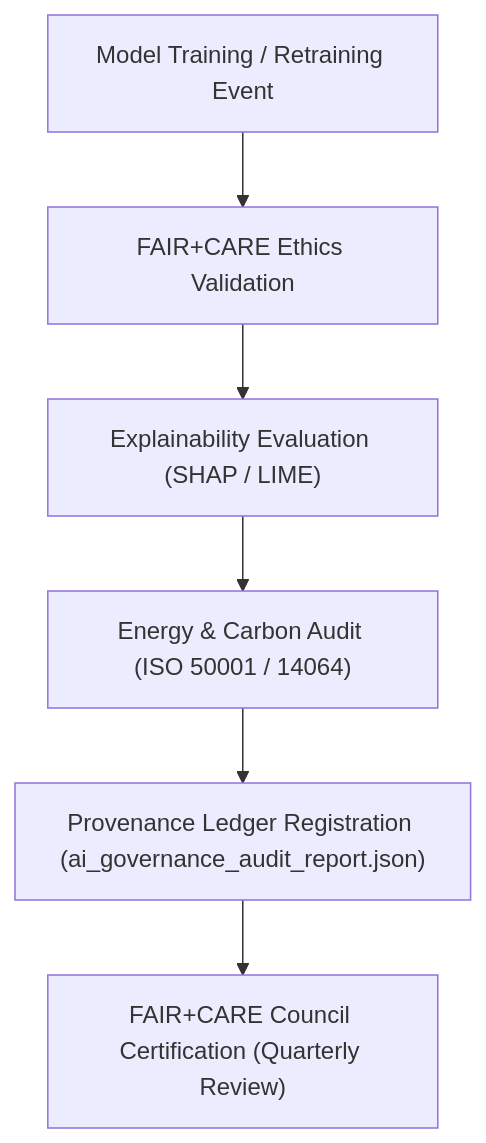
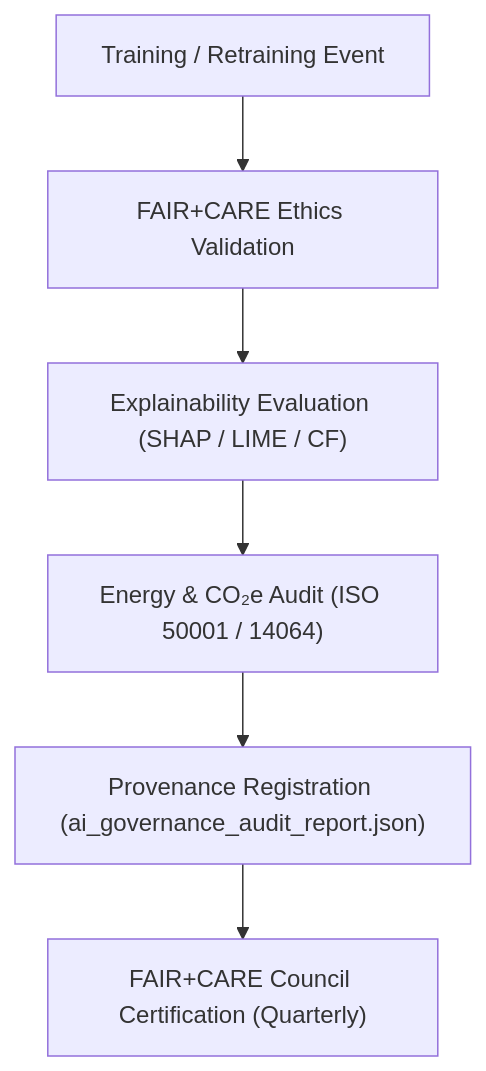
The third of 3 diagrams in docs/architecture/ai-system-architecture.md (bartytime4life/Kansas-Frontier-Matrix), drawn with Mermaid before and after one commit. The commit also changed other lines of this file, not shown here.

````diff
--- a/docs/architecture/ai-system-architecture.md
+++ b/docs/architecture/ai-system-architecture.md
@@ -146,8 +146,8 @@
 ```mermaid
 flowchart TD
-    A["Model Training / Retraining Event"] --> B["FAIR+CARE Ethics Validation"]
-    B --> C["Explainability Evaluation (SHAP / LIME)"]
-    C --> D["Energy & Carbon Audit (ISO 50001 / 14064)"]
-    D --> E["Provenance Ledger Registration (ai_governance_audit_report.json)"]
-    E --> F["FAIR+CARE Council Certification (Quarterly Review)"]
+    A["Training / Retraining Event"] --> B["FAIR+CARE Ethics Validation"]
+    B --> C["Explainability Evaluation (SHAP / LIME / CF)"]
+    C --> D["Energy & CO₂e Audit (ISO 50001 / 14064)"]
+    D --> E["Provenance Registration (ai_governance_audit_report.json)"]
+    E --> F["FAIR+CARE Council Certification (Quarterly)"]
 ```
````
